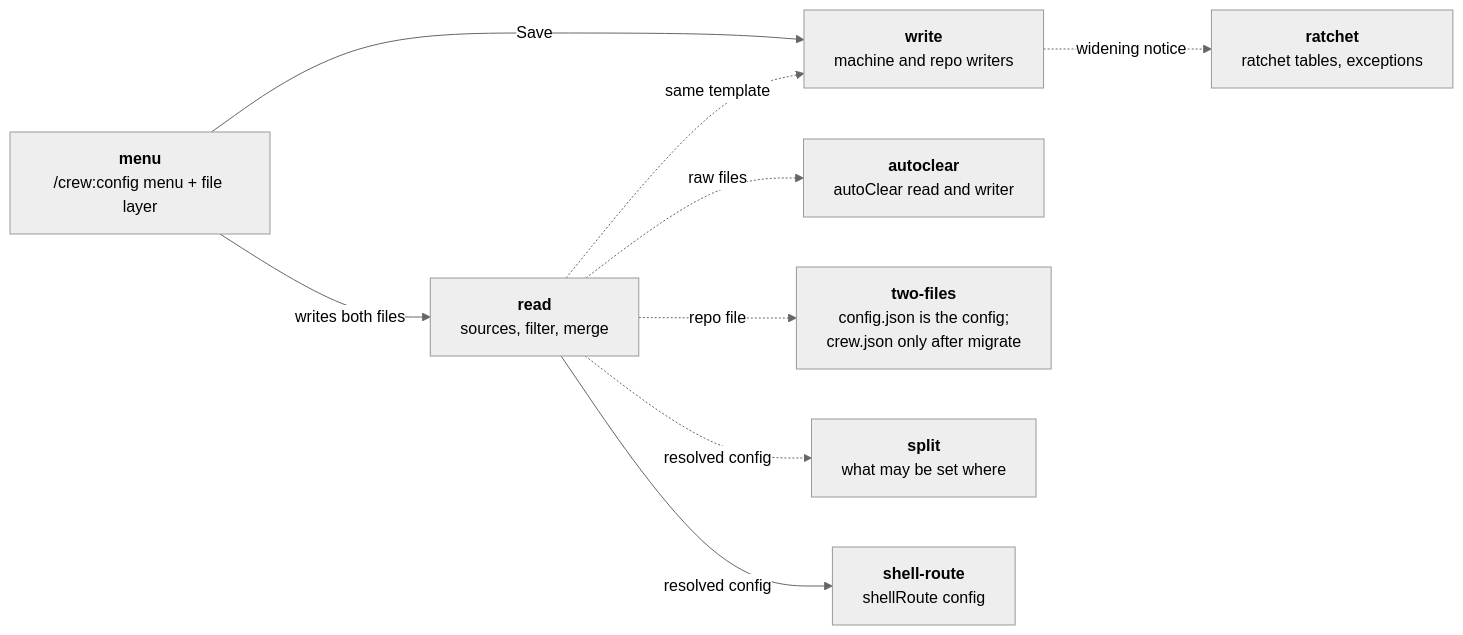
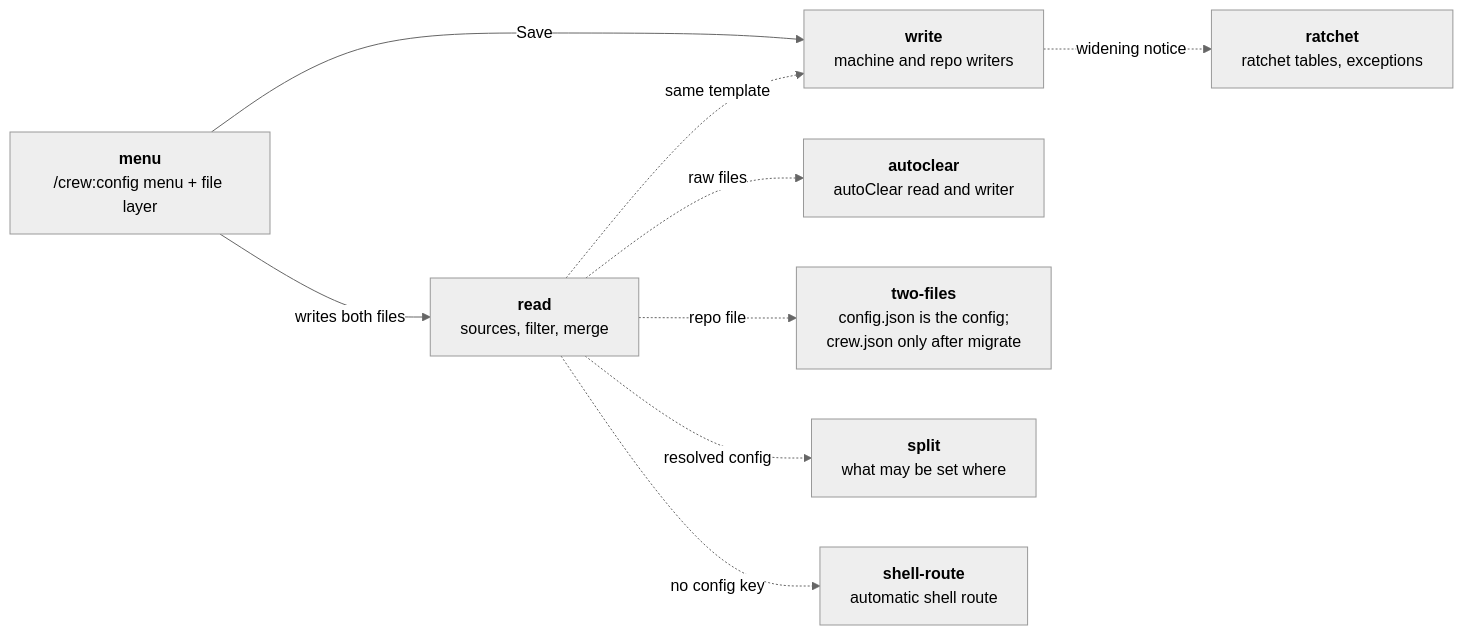
Before and after one commit to mbadali25/useful-claude-add-ons: diagram 12 of 38 in docs/diagrams/README.md, drawn with Mermaid (neutral theme). The commit also changed other lines of this file and 98 other files, not shown here.

Commit message:
L-0725: docs sweep, rebuilt guides and diagrams, test fixes, migrate.md within budget

````diff
--- a/docs/diagrams/README.md
+++ b/docs/diagrams/README.md
@@ -530,20 +543,20 @@
 ```mermaid
 flowchart LR
     menu["<b>menu</b><br/>/crew:config menu + file layer"]
     read["<b>read</b><br/>sources, filter, merge"]
     write["<b>write</b><br/>machine and repo writers"]
     ratchet["<b>ratchet</b><br/>ratchet tables, exceptions"]
     autoclear["<b>autoclear</b><br/>autoClear read and writer"]
     twofiles["<b>two-files</b><br/>config.json is the config;<br/>crew.json only after migrate"]
     split["<b>split</b><br/>what may be set where"]
-    shell["<b>shell-route</b><br/>shellRoute config"]
+    shell["<b>shell-route</b><br/>automatic shell route"]
 
     menu -->|"writes both files"| read
     menu -->|"Save"| write
     read -.->|"same template"| write
     write -.->|"widening notice"| ratchet
     read -.->|"raw files"| autoclear
     read -.->|"repo file"| twofiles
     read -.->|"resolved config"| split
-    read -->|"resolved config"| shell
+    read -.->|"no config key"| shell
 ```
````
